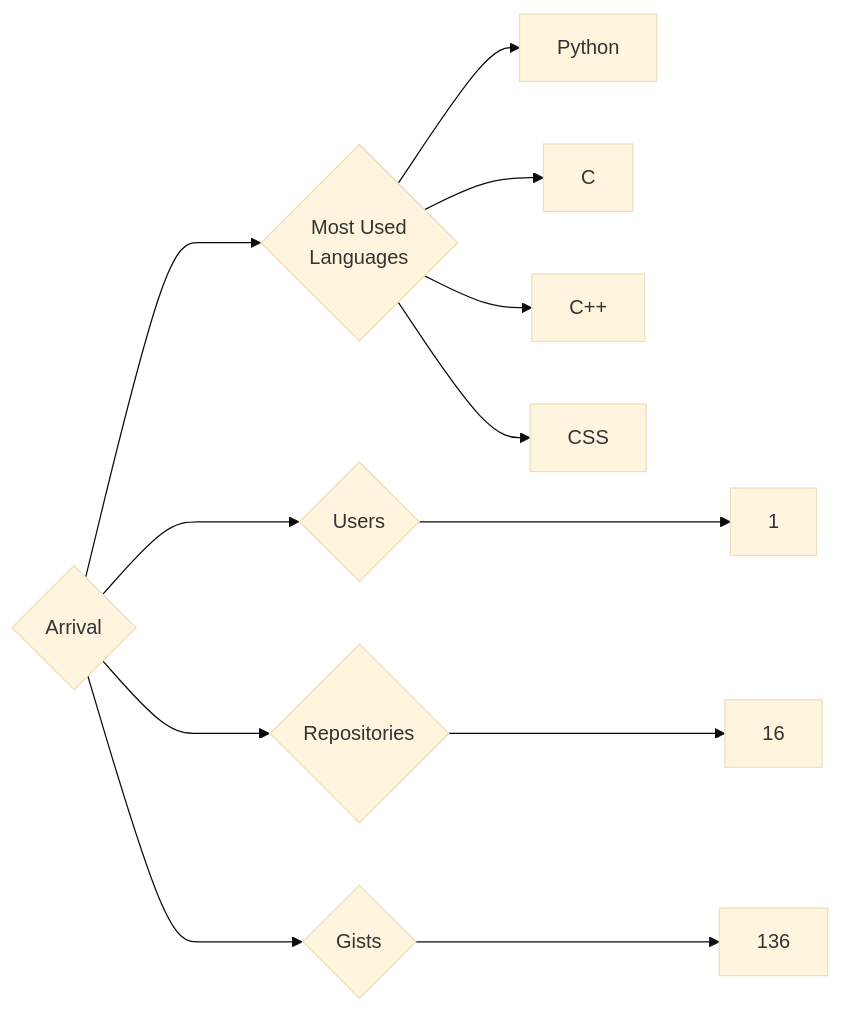
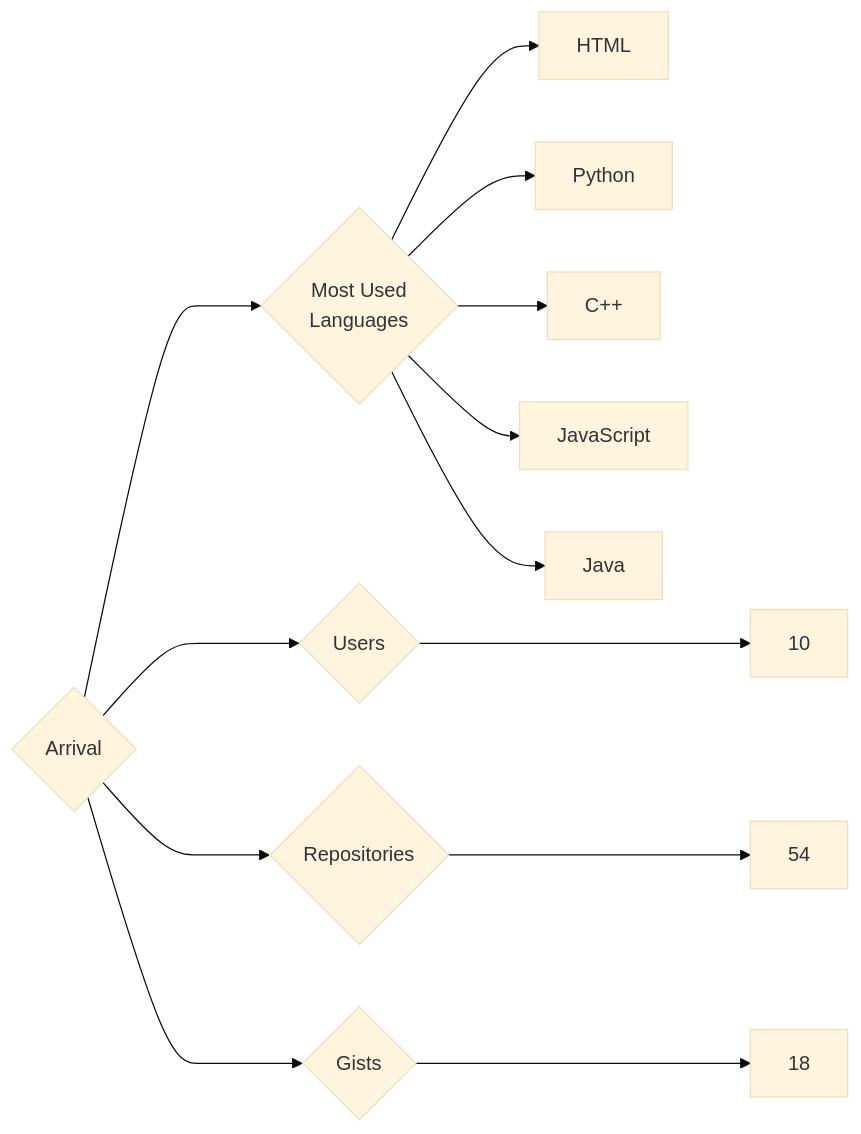
Before and after one commit to trickest/insiders: the diagram in targets/Arrival/README.md, drawn with Mermaid (base theme). The commit also changed 1314 other files, not shown here.

````diff
--- a/targets/Arrival/README.md
+++ b/targets/Arrival/README.md
@@ -3,12 +3,13 @@
 ```mermaid
 graph LR
 COMPANY_NAME{Arrival}
-COMPANY_NAME ---> U{Users} ---> UN[1]
-COMPANY_NAME ---> R{Repositories} ---> RN[16]
-COMPANY_NAME ---> G{Gists} ---> GN[136]
+COMPANY_NAME ---> U{Users} ---> UN[10]
+COMPANY_NAME ---> R{Repositories} ---> RN[54]
+COMPANY_NAME ---> G{Gists} ---> GN[18]
 COMPANY_NAME ---> ML{Most Used<br>Languages}
+ML --> HTML[HTML]
 ML --> Python[Python]
-ML --> C[C]
 ML --> C++[C++]
-ML --> CSS[CSS]
+ML --> JavaScript[JavaScript]
+ML --> Java[Java]
 ```
````
